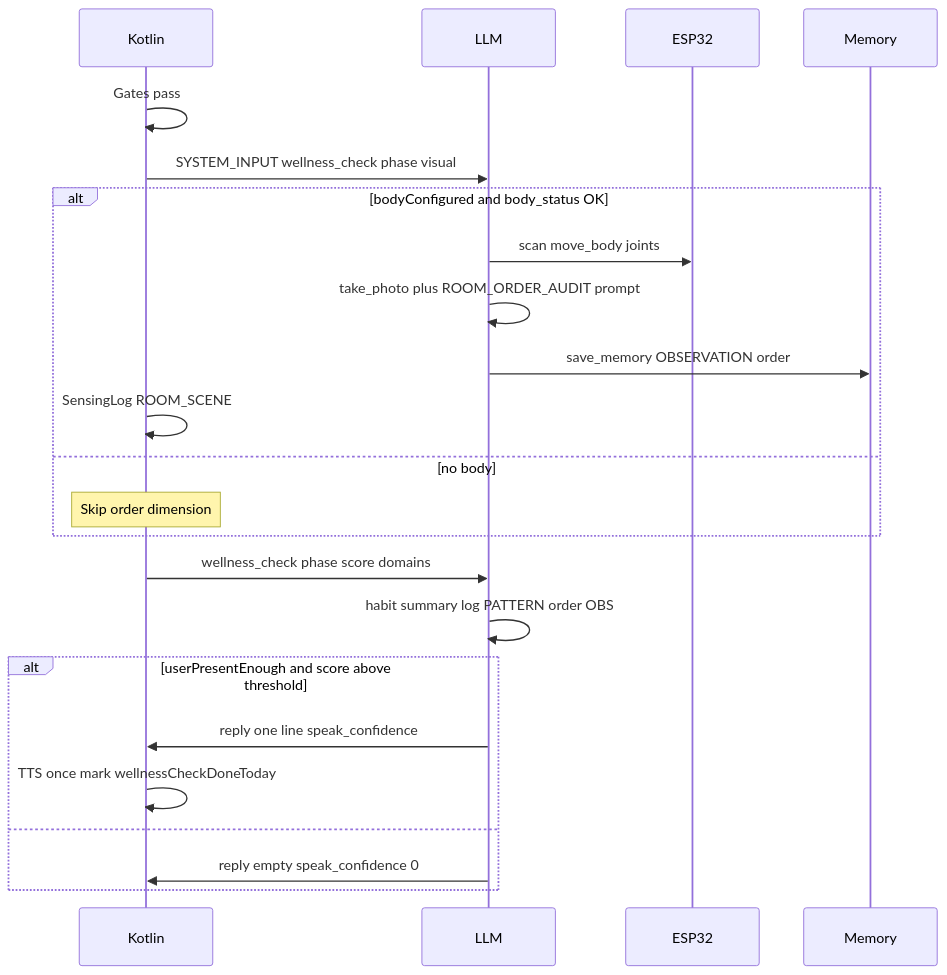
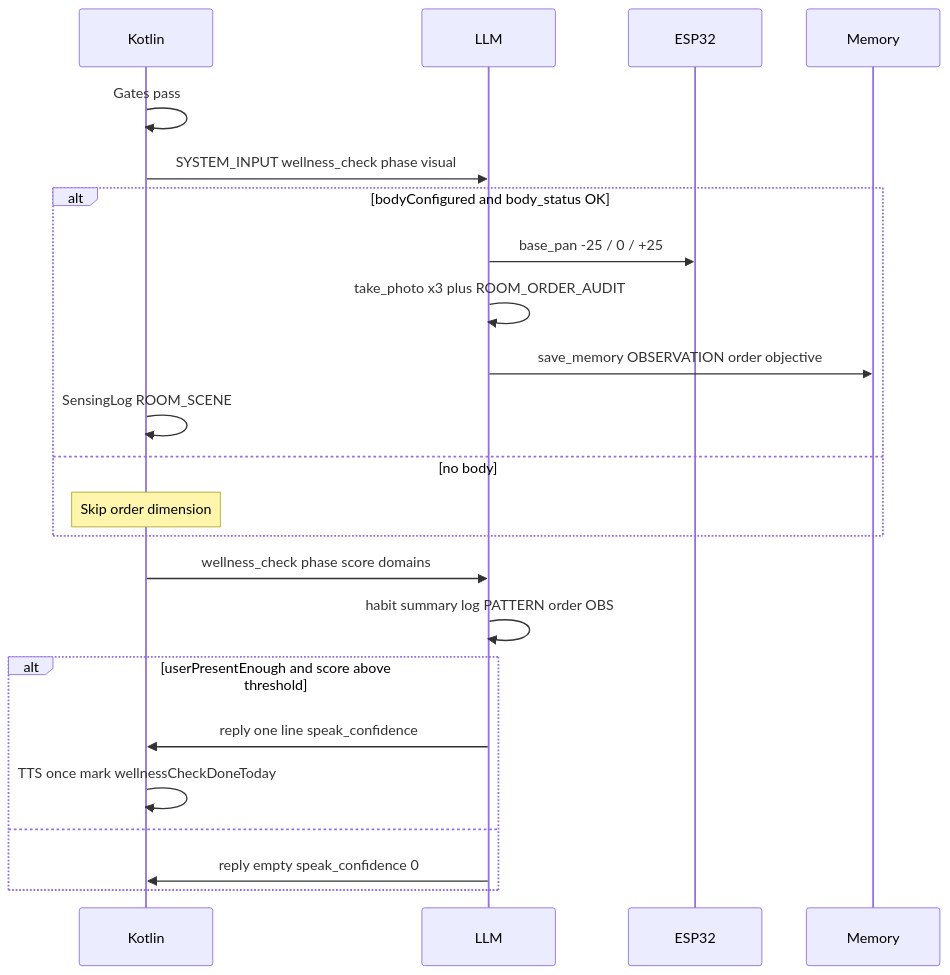
One commit to fra00/RobotDeskMobile changed the second of 2 diagrams in docs/PROACTIVE_ARCHITECTURE.md. Above: the diagram before and after it, drawn with Mermaid. The commit also changed other lines of this file and 9 other files, not shown here.

First line of the commit message:
Enhance room order audit and wellness check prompts

````diff
--- a/docs/PROACTIVE_ARCHITECTURE.md
+++ b/docs/PROACTIVE_ARCHITECTURE.md
@@ -293,26 +293,26 @@
 ```mermaid
 sequenceDiagram
     participant K as Kotlin
     participant LLM as LLM
     participant Body as ESP32
     participant Mem as Memory
 
     K->>K: Gates pass
     K->>LLM: SYSTEM_INPUT wellness_check phase visual
     alt bodyConfigured and body_status OK
-        LLM->>Body: scan move_body joints
-        LLM->>LLM: take_photo plus ROOM_ORDER_AUDIT prompt
-        LLM->>Mem: save_memory OBSERVATION order
+        LLM->>Body: base_pan -25 / 0 / +25
+        LLM->>LLM: take_photo x3 plus ROOM_ORDER_AUDIT
+        LLM->>Mem: save_memory OBSERVATION order objective
         K->>K: SensingLog ROOM_SCENE
     else no body
         Note over K: Skip order dimension
     end
     K->>LLM: wellness_check phase score domains
     LLM->>LLM: habit summary log PATTERN order OBS
     alt userPresentEnough and score above threshold
         LLM->>K: reply one line speak_confidence
         K->>K: TTS once mark wellnessCheckDoneToday
     else
         LLM->>K: reply empty speak_confidence 0
     end
 ```
````
